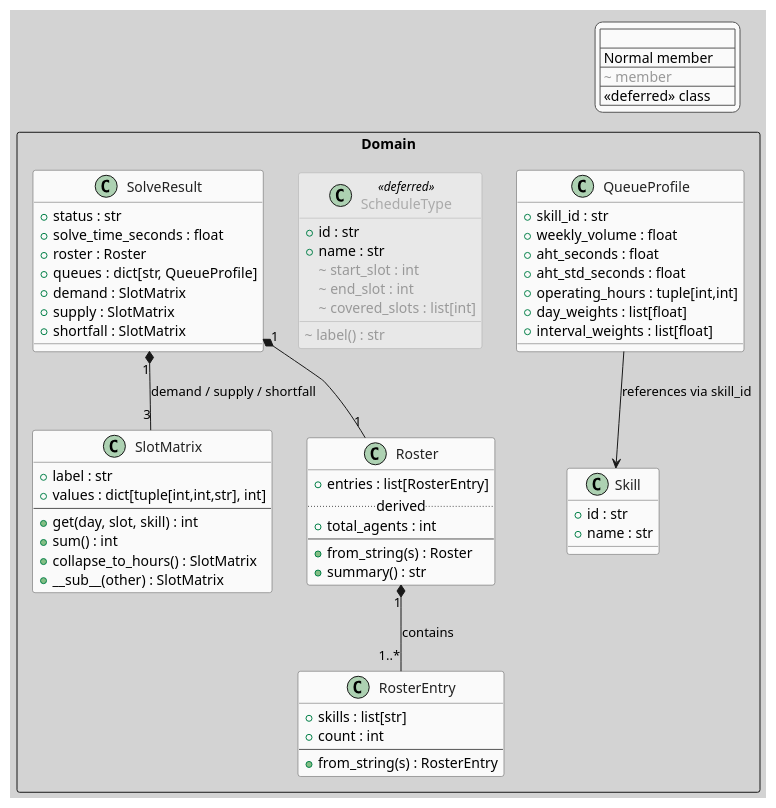
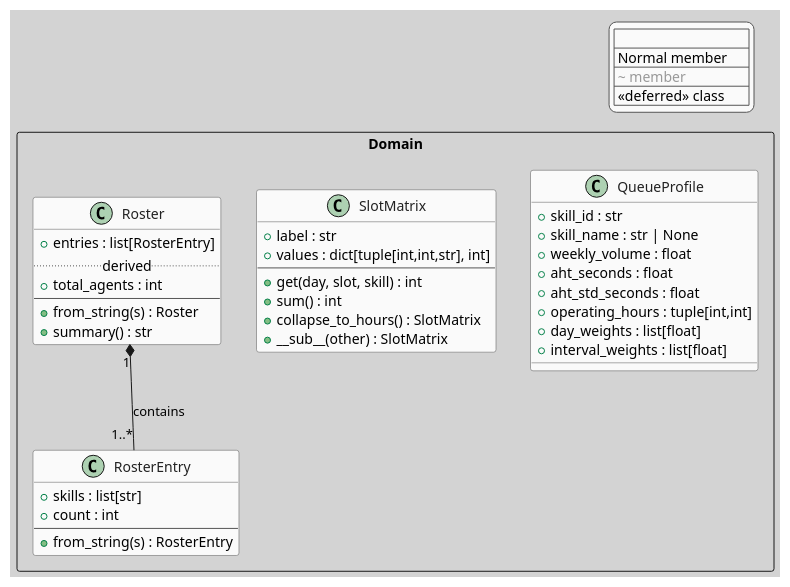
One commit to neon-tetra/schedule-architect changed the diagram in docs/uml/domain_classes.puml. Above: the diagram before and after it, drawn with PlantUML. The commit also changed 10 other files, not shown here.

Commit message:
Last commit before presenter update - updated all puml, removed/updated all references to callenvironment/scheduletype/skill/etc - everything now aligned with new domain model - no dependency issues, clean interfaces, no redundant dataclasses

```diff
--- a/docs/uml/domain_classes.puml
+++ b/docs/uml/domain_classes.puml
@@ -1,106 +1,77 @@
 @startuml domain_entities
 
 skinparam backgroundColor #D3D3D3
 skinparam defaultFontName Segoe UI
 
 skinparam class {
     BackgroundColor #FAFAFA
     BorderColor #555555
     FontColor #222222
     BackgroundColor<<deferred>> #E8E8E8
     BorderColor<<deferred>> #AAAAAA
     FontColor<<deferred>> #AAAAAA
     BorderStyle<<deferred>> dashed
 }
 
 skinparam legend {
     BackgroundColor #FAFAFA
     BorderColor #555555
 }
 
-' ─────────────────────────────────────────
-' LEGEND
-' ─────────────────────────────────────────
 legend top right
   <#FAFAFA,#555555>|                         |
   | Normal member      | Implemented          |
   | <color:#999999>~ member</color>  | Deferred / future    |
   | <<deferred>> class | Placeholder only     |
 endlegend
 
 ' ─────────────────────────────────────────
 ' PACKAGE: Domain
 ' ─────────────────────────────────────────
 package "Domain" <<Rectangle>> {
 
-    class Skill {
-        + id : str
-        + name : str
-    }
-
     class QueueProfile {
         + skill_id : str
+        + skill_name : str | None
         + weekly_volume : float
         + aht_seconds : float
         + aht_std_seconds : float
         + operating_hours : tuple[int,int]
         + day_weights : list[float]
         + interval_weights : list[float]
     }
 
     class SlotMatrix {
         + label : str
         + values : dict[tuple[int,int,str], int]
         --
         + get(day, slot, skill) : int
         + sum() : int
         + collapse_to_hours() : SlotMatrix
         + __sub__(other) : SlotMatrix
     }
 
     class RosterEntry {
         + skills : list[str]
         + count : int
         --
         + from_string(s) : RosterEntry
     }
 
     class Roster {
         + entries : list[RosterEntry]
         ..derived..
         + total_agents : int
         --
         + from_string(s) : Roster
         + summary() : str
     }
 
-    class ScheduleType <<deferred>> {
-        + id : str
-        + name : str
-        <color:#999999>~ start_slot : int</color>
-        <color:#999999>~ end_slot : int</color>
-        <color:#999999>~ covered_slots : list[int]</color>
-        <color:#999999>~ label() : str</color>
-    }
-
-    class SolveResult {
-        + status : str
-        + solve_time_seconds : float
-        + roster : Roster
-        + queues : dict[str, QueueProfile]
-        + demand : SlotMatrix
-        + supply : SlotMatrix
-        + shortfall : SlotMatrix
-    }
-
 }
 
 ' ─────────────────────────────────────────
 ' RELATIONSHIPS
 ' ─────────────────────────────────────────
 Roster "1" *-- "1..*" RosterEntry : contains
-QueueProfile --> Skill : references via skill_id
-SolveResult "1" *-- "1" Roster
-SolveResult "1" *-- "3" SlotMatrix : demand / supply / shortfall
 
 @enduml
```
